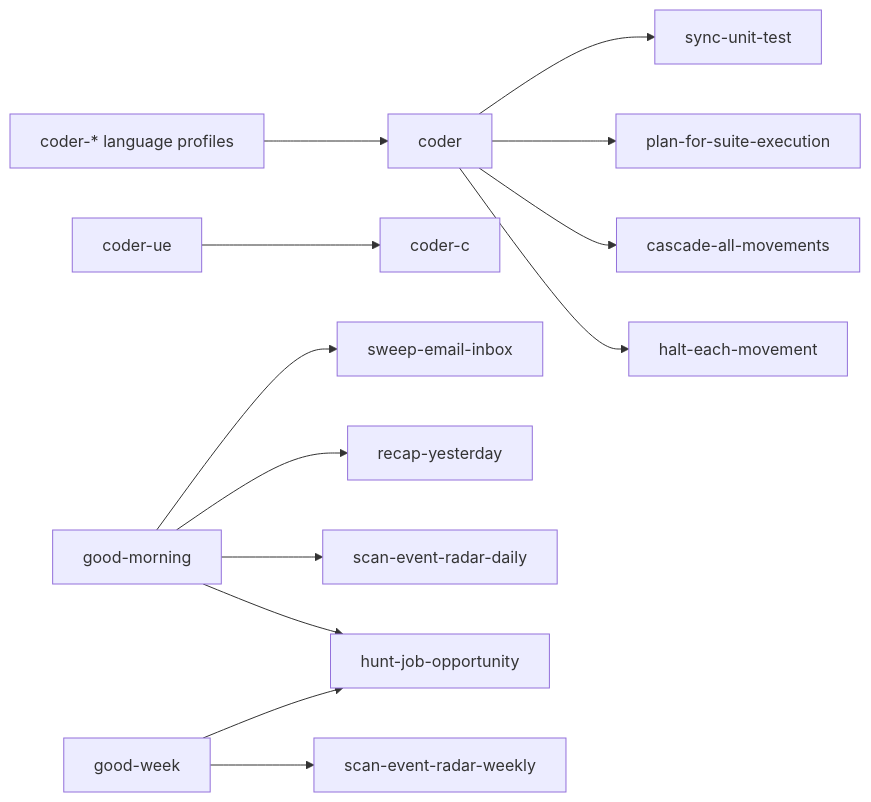
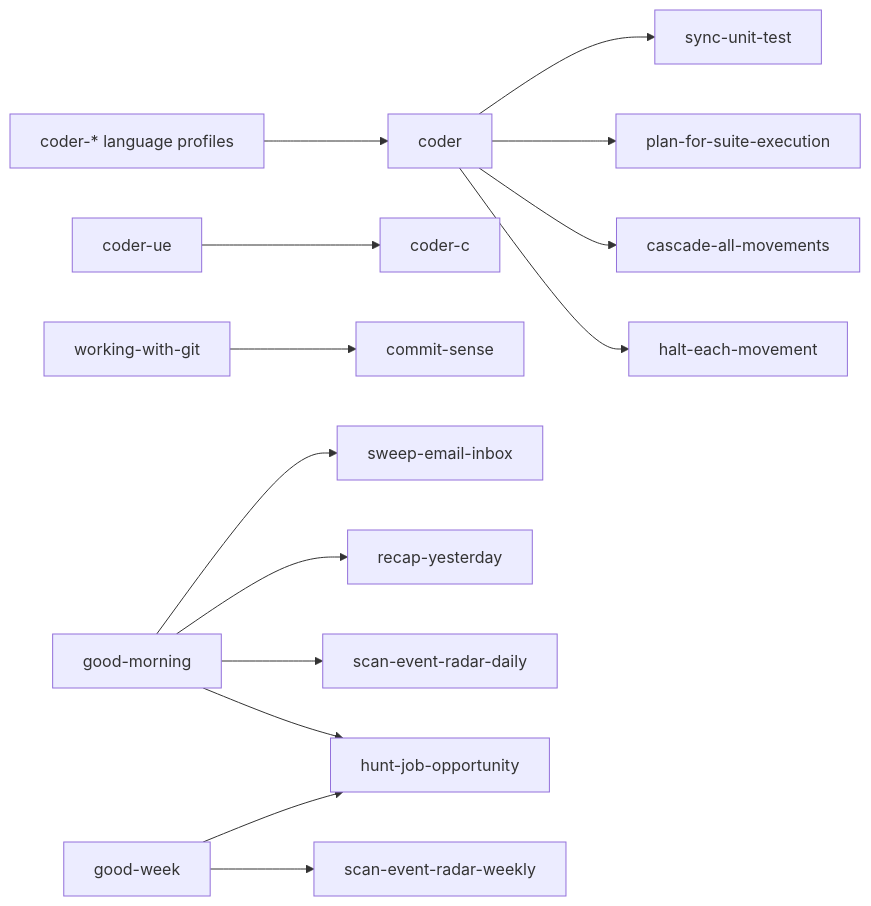
One commit to kami-lel/kaye-library changed the seventh of 7 diagrams in docs/blueprint-doc.md. Above: the diagram before and after it, drawn with Mermaid. The commit also changed other lines of this file and 4 other files, not shown here.

First line of the commit message:
export commit-sense-branch-merging skill; rework merge prompt

````diff
--- a/docs/blueprint-doc.md
+++ b/docs/blueprint-doc.md
@@ -163,15 +164,16 @@
 ```mermaid
 flowchart LR
     coder_profiles["coder-* language profiles"] --> coder
     coder_ue["coder-ue"] --> coder_c["coder-c"]
     coder --> sync_unit_test["sync-unit-test"]
     coder --> plan_for_suite_execution["plan-for-suite-execution"]
     coder --> cascade_all_movements["cascade-all-movements"]
     coder --> halt_each_movement["halt-each-movement"]
+    working_with_git["working-with-git"] --> commit_sense["commit-sense"]
     good_morning["good-morning"] --> sweep_email_inbox["sweep-email-inbox"]
     good_morning --> recap_yesterday["recap-yesterday"]
     good_morning --> scan_event_radar_daily["scan-event-radar-daily"]
     good_morning --> hunt_job_opportunity["hunt-job-opportunity"]
     good_week["good-week"] --> scan_event_radar_weekly["scan-event-radar-weekly"]
     good_week --> hunt_job_opportunity
 ```
````
